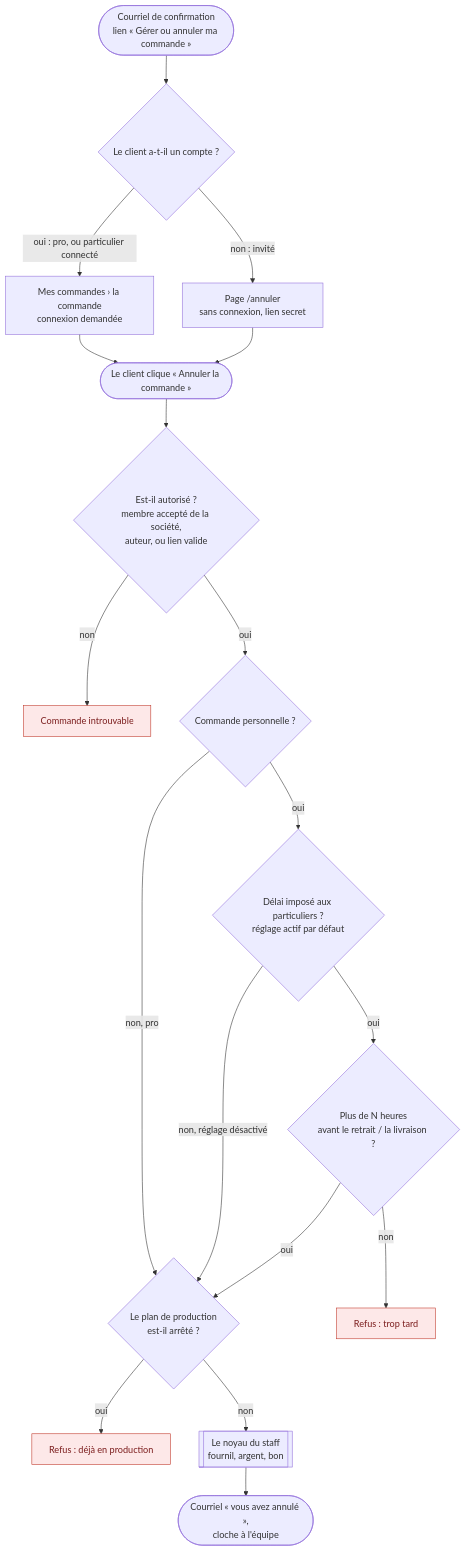
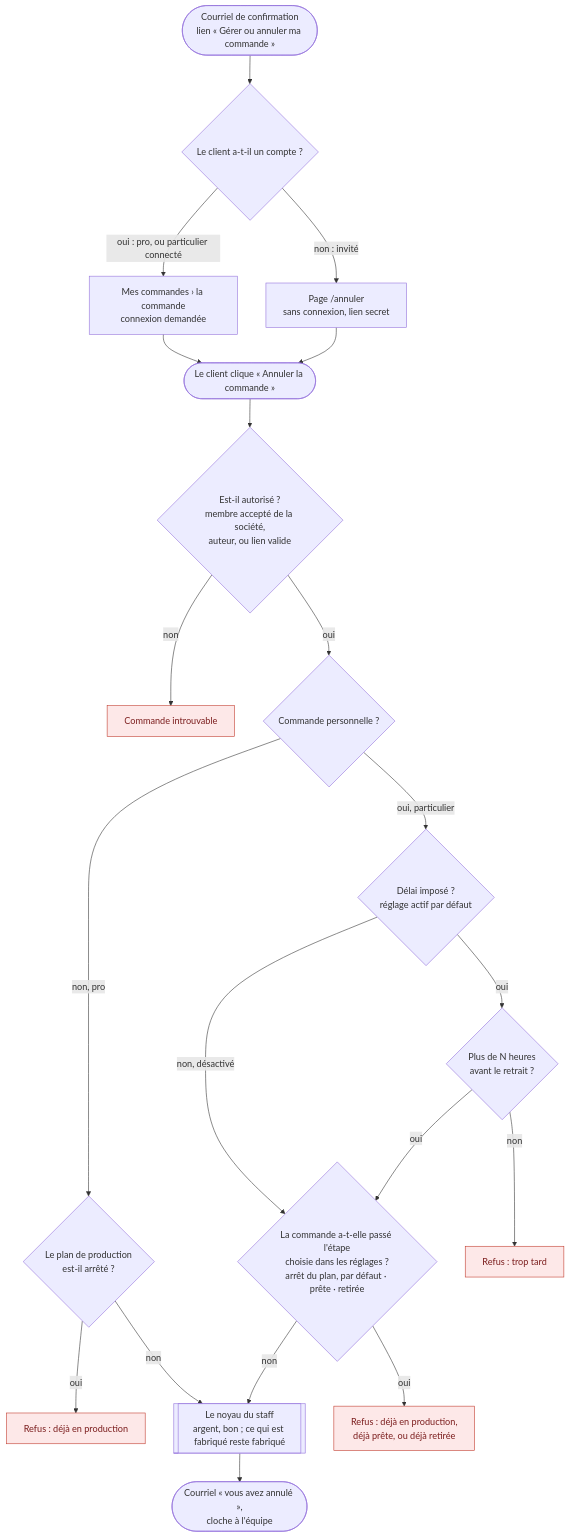
The diagram in documentation/commandes/annulation/annulation-par-le-client.md (hugoheynard/lfd), drawn with Mermaid before and after one commit. The commit also changed other lines of this file, not shown here.

First line of the commit message:
docs(commande): le lien d'annulation dans tous les courriels, et l'étape choisie

````diff
--- a/documentation/commandes/annulation/annulation-par-le-client.md
+++ b/documentation/commandes/annulation/annulation-par-le-client.md
@@ -43,22 +55,24 @@
 ```mermaid
 flowchart TD
     MAIL(["Courriel de confirmation<br/>lien « Gérer ou annuler ma commande »"]) --> Q{"Le client a-t-il un compte ?"}
     Q -- "oui : pro, ou particulier connecté" --> L["Mes commandes › la commande<br/>connexion demandée"]
     Q -- "non : invité" --> G["Page /annuler<br/>sans connexion, lien secret"]
     L --> A(["Le client clique « Annuler la commande »"])
     G --> A
     A --> W{"Est-il autorisé ?<br/>membre accepté de la société,<br/>auteur, ou lien valide"}
     W -- non --> R0["Commande introuvable"]:::refus
     W -- oui --> K{"Commande personnelle ?"}
-    K -- oui --> S{"Délai imposé aux particuliers ?<br/>réglage actif par défaut"}
-    K -- "non, pro" --> P
-    S -- oui --> T{"Plus de N heures<br/>avant le retrait / la livraison ?"}
-    S -- "non, réglage désactivé" --> P
+    K -- "non, pro" --> P{"Le plan de production<br/>est-il arrêté ?"}
+    K -- "oui, particulier" --> S{"Délai imposé ?<br/>réglage actif par défaut"}
+    S -- oui --> T{"Plus de N heures<br/>avant le retrait ?"}
+    S -- "non, désactivé" --> E
     T -- non --> R2["Refus : trop tard"]:::refus
-    T -- oui --> P{"Le plan de production<br/>est-il arrêté ?"}
+    T -- oui --> E{"La commande a-t-elle passé l'étape<br/>choisie dans les réglages ?<br/>arrêt du plan, par défaut · prête · retirée"}
     P -- oui --> R3["Refus : déjà en production"]:::refus
-    P -- non --> N[["Le noyau du staff<br/>fournil, argent, bon"]]
-    N --> M(["Courriel « vous avez annulé »,<br/>cloche à l'équipe"])
+    P -- non --> N
+    E -- non --> N
+    E -- oui --> R4["Refus : déjà en production,<br/>déjà prête, ou déjà retirée"]:::refus
+    N[["Le noyau du staff<br/>argent, bon ; ce qui est fabriqué reste fabriqué"]] --> M(["Courriel « vous avez annulé »,<br/>cloche à l'équipe"])
 
     classDef refus fill:#fde8e8,stroke:#c0392b,color:#7b1d1d
 ```
````
